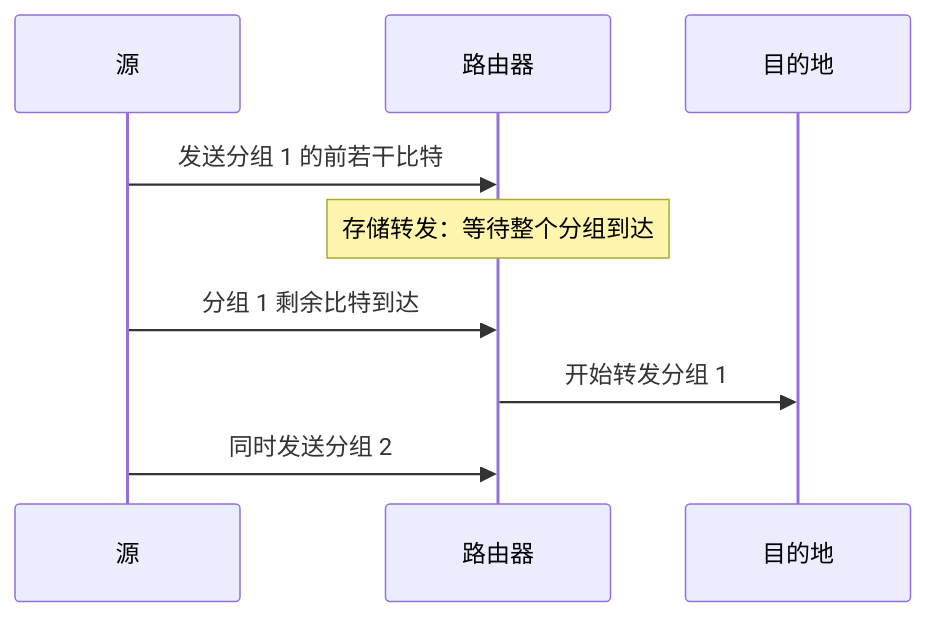
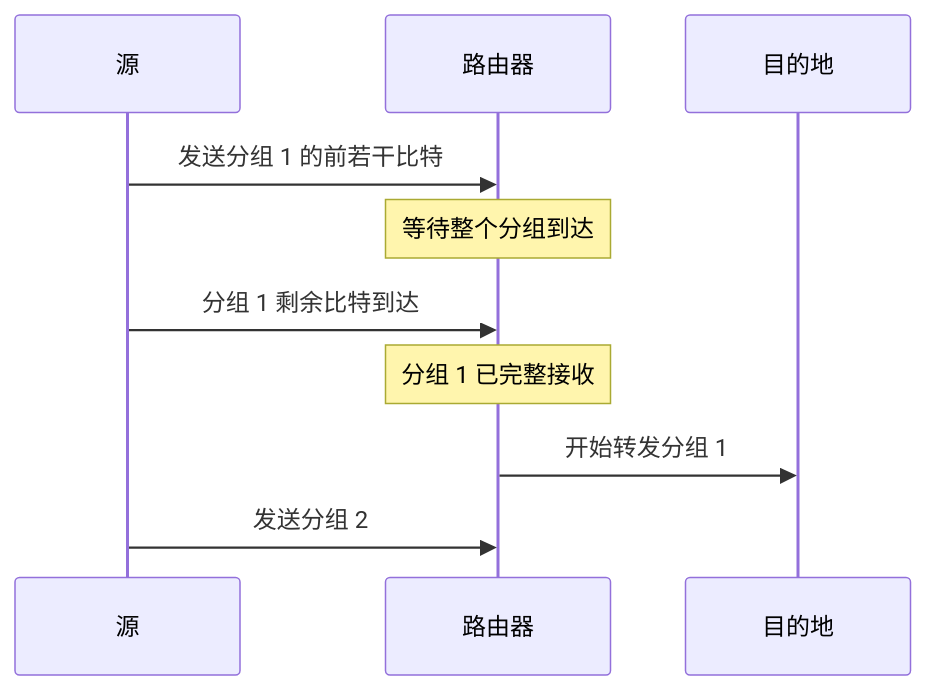
Before and after one commit to Meer-Matze/Meer-Matze.github.io: the sixth of 10 diagrams in src/content/posts/计算机网络和因特网.md, drawn with Mermaid. The commit also changed other lines of this file, not shown here.

````diff
--- a/src/content/posts/计算机网络和因特网.md
+++ b/src/content/posts/计算机网络和因特网.md
@@ -767,11 +424,12 @@
 ```mermaid
 sequenceDiagram
     participant S as 源
     participant R as 路由器
     participant D as 目的地
     S->>R: 发送分组 1 的前若干比特
-    Note over R: 存储转发：等待整个分组到达
+    Note over R: 等待整个分组到达
     S->>R: 分组 1 剩余比特到达
+    Note over R: 分组 1 已完整接收
     R->>D: 开始转发分组 1
-    S->>R: 同时发送分组 2
+    S->>R: 发送分组 2
 ```
````
